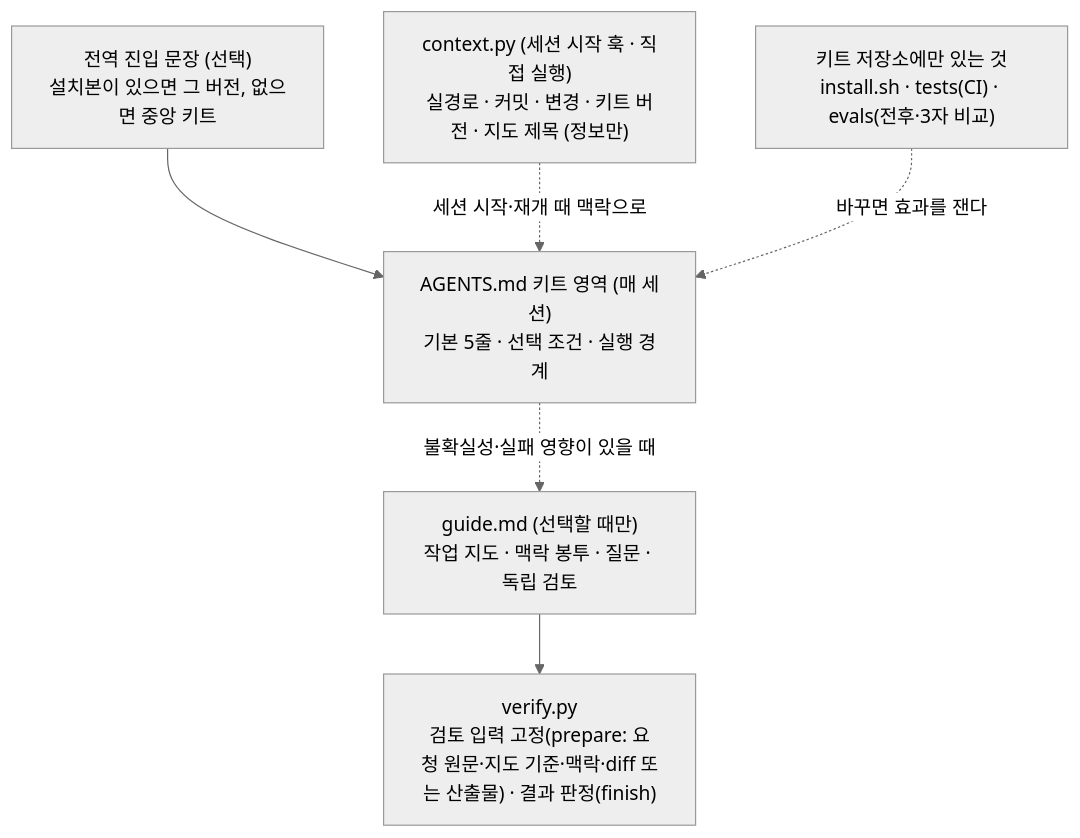
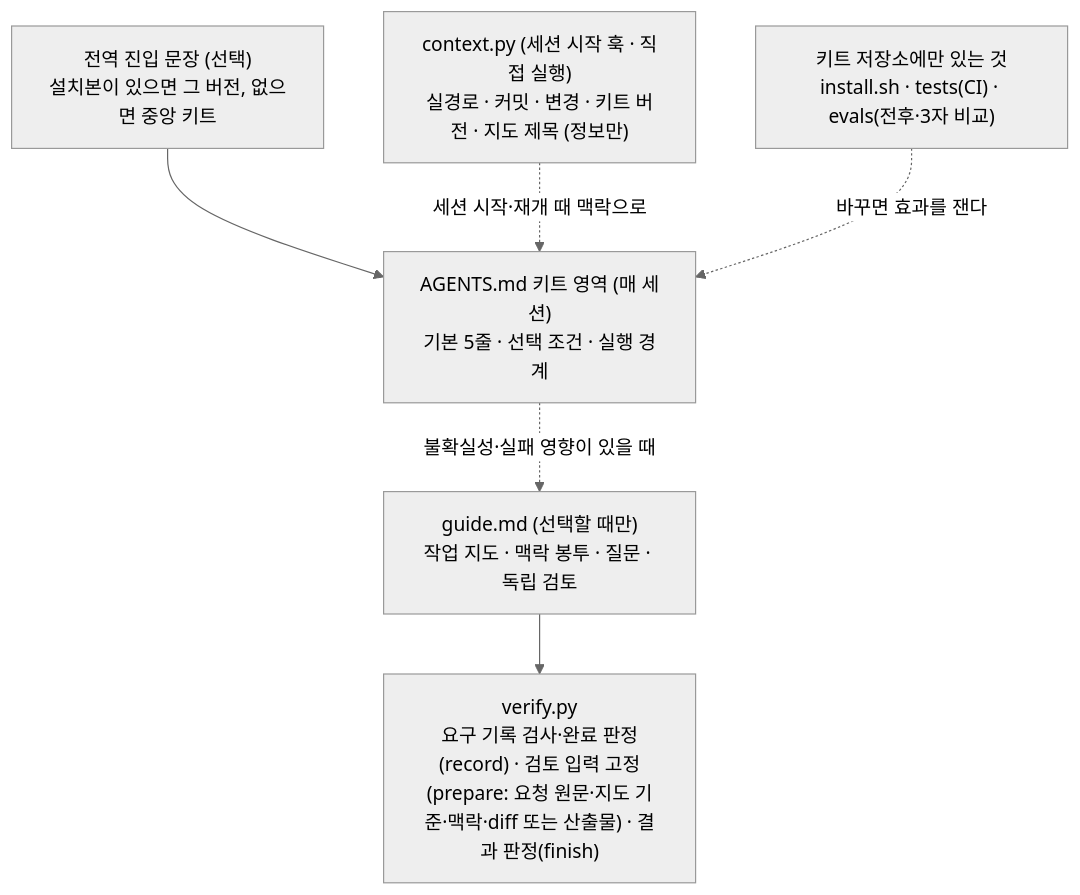
Before and after one commit to taehyung-lab/agent-workflow-kit: the first of 2 diagrams in README.md, drawn with Mermaid (neutral theme). The commit also changed other lines of this file and 61 other files, not shown here.

````diff
--- a/README.md
+++ b/README.md
@@ -29,14 +29,14 @@
 ```mermaid
 flowchart TD
   E["전역 진입 문장 (선택)<br/>설치본이 있으면 그 버전, 없으면 중앙 키트"]
   A["AGENTS.md 키트 영역 (매 세션)<br/>기본 5줄 · 선택 조건 · 실행 경계"]
   G["guide.md (선택할 때만)<br/>작업 지도 · 맥락 봉투 · 질문 · 독립 검토"]
   C["context.py (세션 시작 훅 · 직접 실행)<br/>실경로 · 커밋 · 변경 · 키트 버전 · 지도 제목 (정보만)"]
-  V["verify.py<br/>검토 입력 고정(prepare: 요청 원문·지도 기준·맥락·diff 또는 산출물) · 결과 판정(finish)"]
+  V["verify.py<br/>요구 기록 검사·완료 판정(record) · 검토 입력 고정(prepare: 요청 원문·지도 기준·맥락·diff 또는 산출물) · 결과 판정(finish)"]
   R["키트 저장소에만 있는 것<br/>install.sh · tests(CI) · evals(전후·3자 비교)"]
   E --> A
   A -.->|불확실성·실패 영향이 있을 때| G
   C -.->|세션 시작·재개 때 맥락으로| A
   G --> V
   R -.->|바꾸면 효과를 잰다| A
 ```
````
